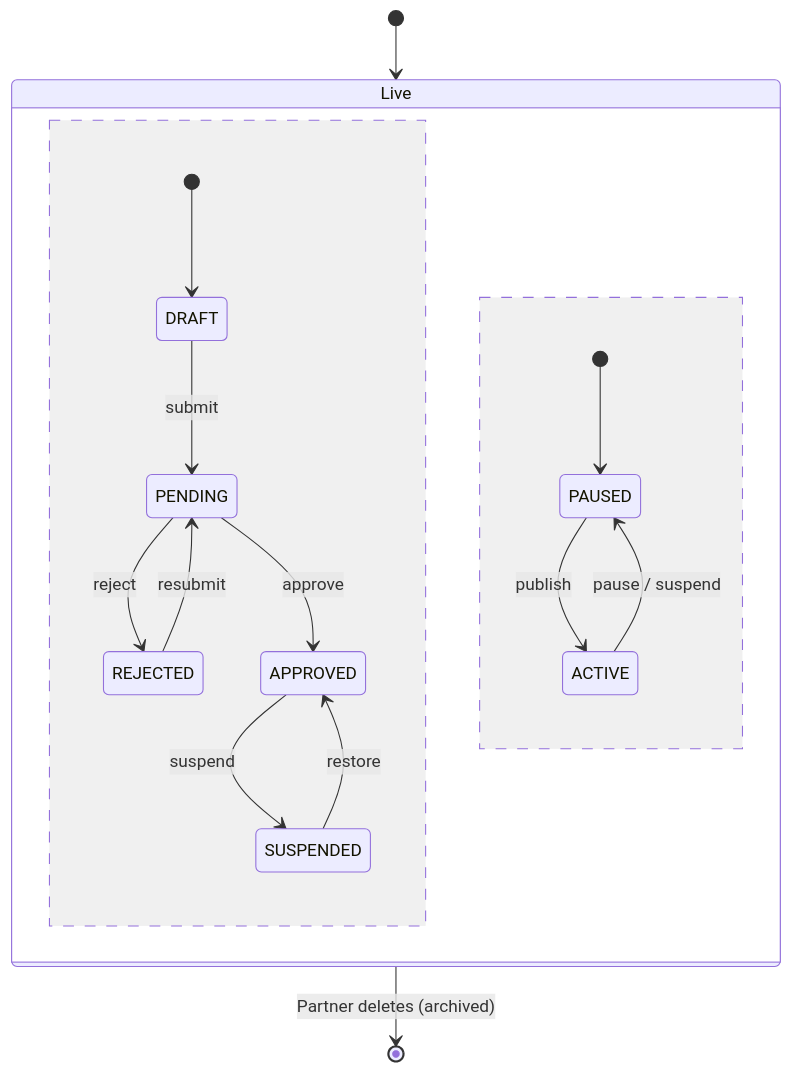
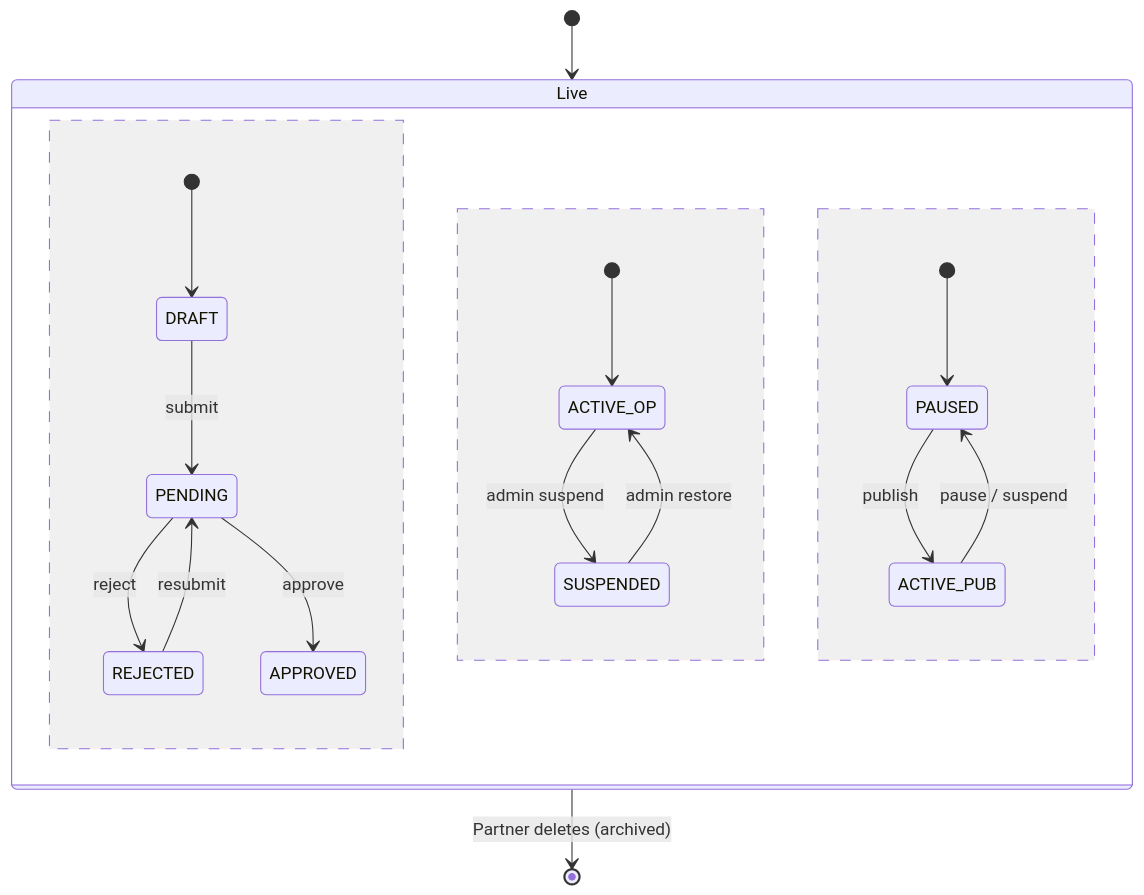
The fifth of 9 diagrams in docs/state-diagrams-module5.md (SUMMER2026SE/swp391-rbl-project-team_5), drawn with Mermaid before and after one commit. The commit also changed other lines of this file and 354 other files, not shown here.

First line of the commit message:
docs(diagrams): bo sung class diagram, screen flow va cap nhat state diagram

````diff
--- a/docs/state-diagrams-module5.md
+++ b/docs/state-diagrams-module5.md
@@ -153,19 +169,21 @@
 ```mermaid
 stateDiagram-v2
     [*] --> Live
     state Live {
         direction TB
         [*] --> DRAFT
         DRAFT --> PENDING : submit
         REJECTED --> PENDING : resubmit
         PENDING --> APPROVED : approve
         PENDING --> REJECTED : reject
-        APPROVED --> SUSPENDED : suspend
-        SUSPENDED --> APPROVED : restore
+        --
+        [*] --> ACTIVE_OP
+        ACTIVE_OP --> SUSPENDED : admin suspend
+        SUSPENDED --> ACTIVE_OP : admin restore
         --
         [*] --> PAUSED
-        PAUSED --> ACTIVE : publish
-        ACTIVE --> PAUSED : pause / suspend
+        PAUSED --> ACTIVE_PUB : publish
+        ACTIVE_PUB --> PAUSED : pause / suspend
     }
     Live --> [*] : Partner deletes (archived)
 ```
````
